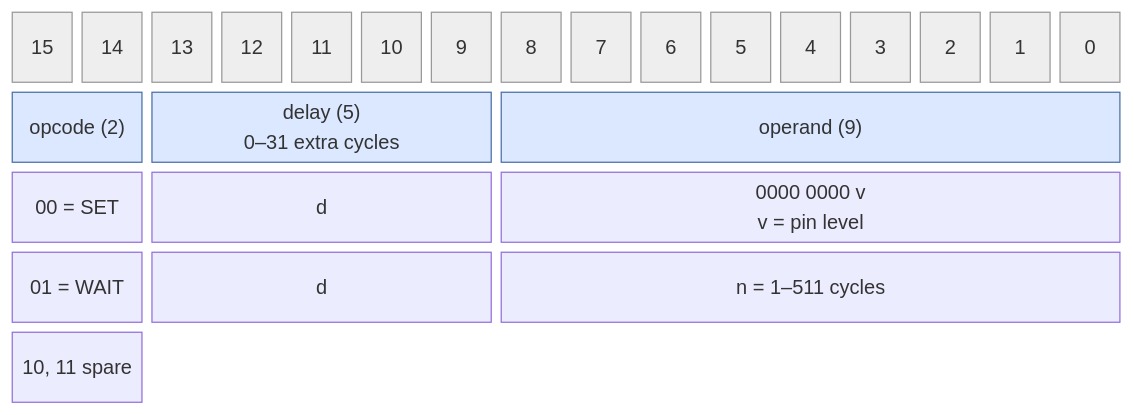
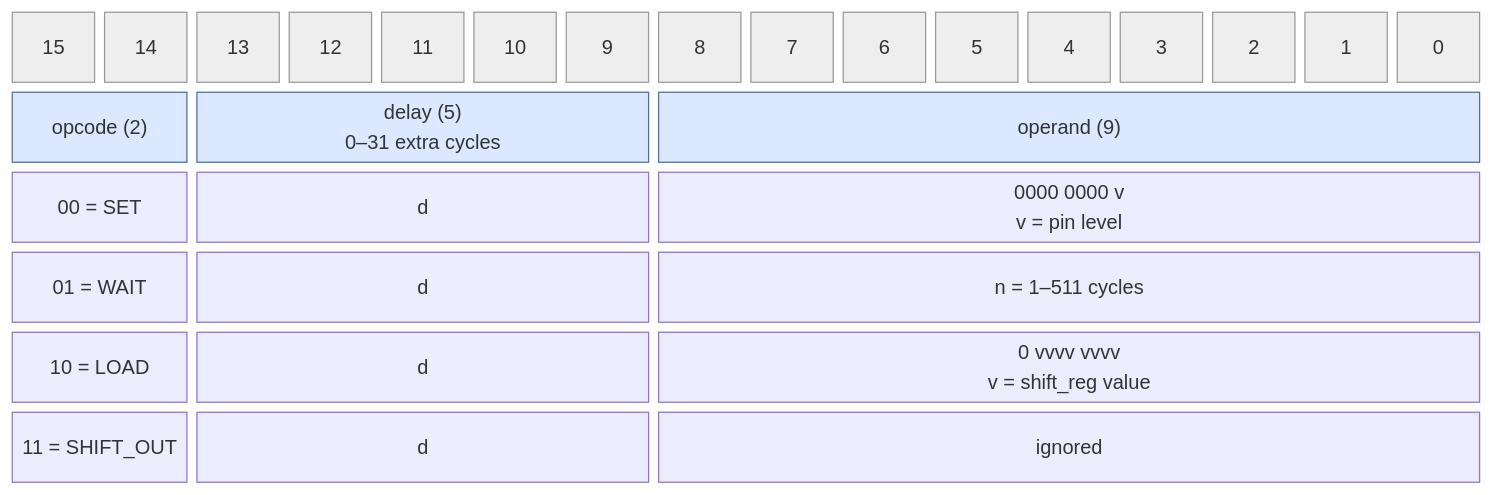
One commit to cshieldsce/smallcore changed the diagram in docs/isa_encoding.mmd. Above: the diagram before and after it, drawn with Mermaid. The commit also changed 12 other files, not shown here.

```diff
--- a/docs/isa_encoding.mmd
+++ b/docs/isa_encoding.mmd
@@ -1,13 +1,14 @@
 block-beta
   columns 16
   b15["15"] b14["14"] b13["13"] b12["12"] b11["11"] b10["10"] b9["9"] b8["8"]
   b7["7"] b6["6"] b5["5"] b4["4"] b3["3"] b2["2"] b1["1"] b0["0"]
   opcode["opcode (2)"]:2 delay["delay (5)<br/>0–31 extra cycles"]:5 operand["operand (9)"]:9
   set["00 = SET"]:2 setd["d"]:5 setop["0000 0000 v<br/>v = pin level"]:9
   wait["01 = WAIT"]:2 waitd["d"]:5 waitop["n = 1–511 cycles"]:9
-  spare["10, 11 spare"]:2 space:14
+  load["10 = LOAD"]:2 loadd["d"]:5 loadop["0 vvvv vvvv<br/>v = shift_reg value"]:9
+  shift["11 = SHIFT_OUT"]:2 shiftd["d"]:5 shiftop["ignored"]:9
 
   classDef hdr fill:#eee,stroke:#999,color:#555
   classDef field fill:#dbe8ff,stroke:#4a6fa5
   class b15,b14,b13,b12,b11,b10,b9,b8,b7,b6,b5,b4,b3,b2,b1,b0 hdr
   class opcode,delay,operand field
```
